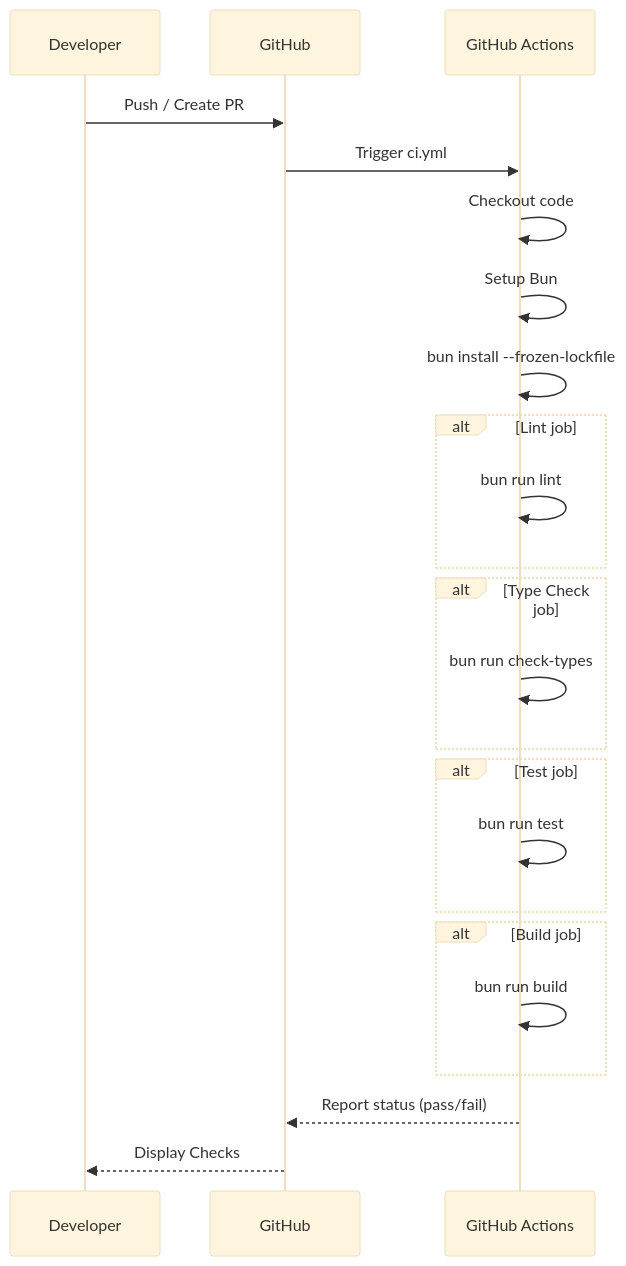
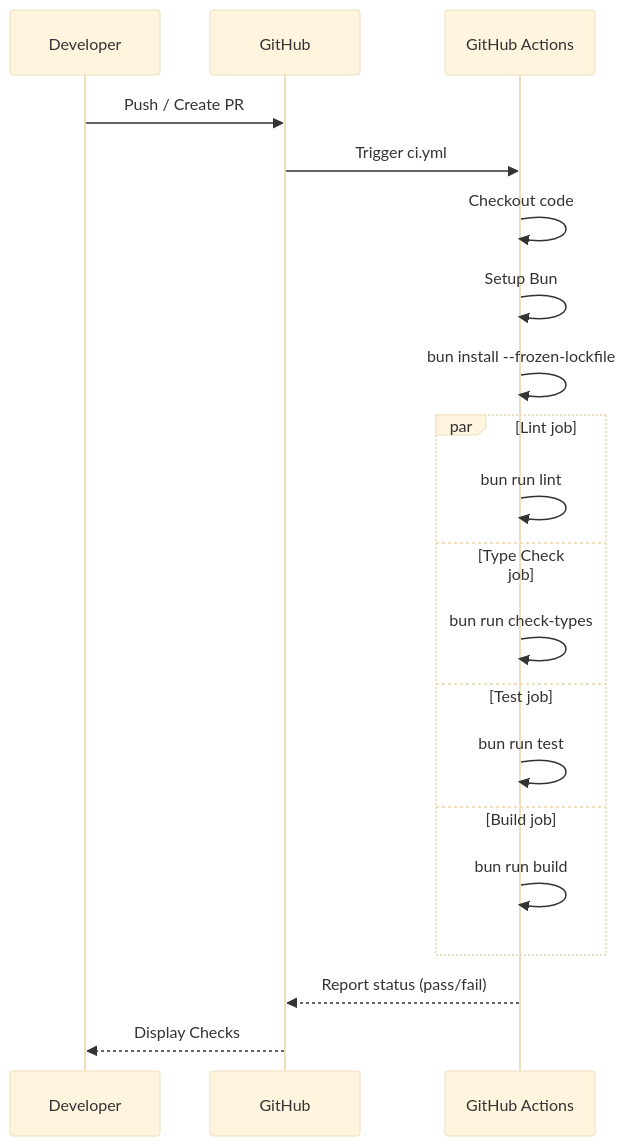
The second of 2 diagrams in .kiro/specs/github-actions-ci-pipelines/design.md (yohi/codex-antigravity-adapter), drawn with Mermaid (base theme) before and after one commit. The commit also changed other lines of this file, not shown here.

Commit message:
docs: GitHub Actions CIパイプラインの設計ドキュメントを更新

````diff
--- a/.kiro/specs/github-actions-ci-pipelines/design.md
+++ b/.kiro/specs/github-actions-ci-pipelines/design.md
@@ -93,25 +93,22 @@
 ```mermaid
 sequenceDiagram
     participant Dev as Developer
     participant GH as GitHub
     participant CI as GitHub Actions
     Dev->>GH: Push / Create PR
     GH->>CI: Trigger ci.yml
     CI->>CI: Checkout code
     CI->>CI: Setup Bun
     CI->>CI: bun install --frozen-lockfile
-    alt Lint job
+    par Lint job
         CI->>CI: bun run lint
-    end
-    alt Type Check job
+    and Type Check job
         CI->>CI: bun run check-types
-    end
-    alt Test job
+    and Test job
         CI->>CI: bun run test
-    end
-    alt Build job
+    and Build job
         CI->>CI: bun run build
     end
     CI-->>GH: Report status (pass/fail)
     GH-->>Dev: Display Checks
 ```
````
